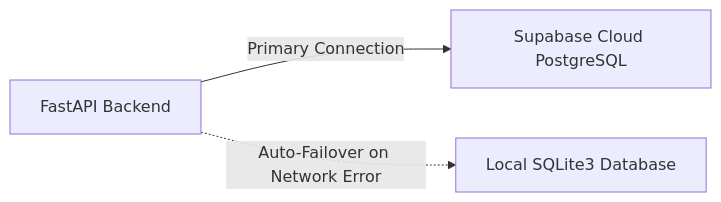
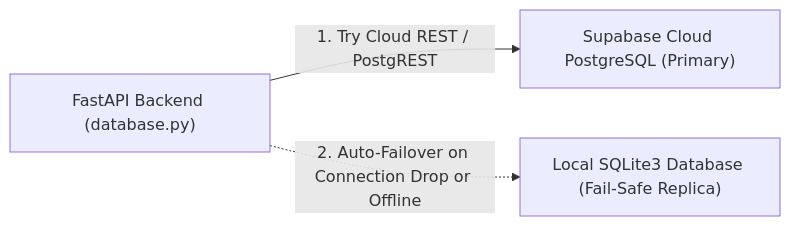
The fourth of 4 diagrams in PROJECT_DOCUMENTATION.md (ShreyRamola/AmritChidiya), drawn with Mermaid before and after one commit. The commit also changed other lines of this file and 5 other files, not shown here.

Commit message:
docs: enrich documentation, roles division and readme with comprehensive 7-layer security and privacy architecture

````diff
--- a/PROJECT_DOCUMENTATION.md
+++ b/PROJECT_DOCUMENTATION.md
@@ -204,9 +251,9 @@
 ```mermaid
 graph LR
-    BE["FastAPI Backend"]
-    Supabase["Supabase Cloud PostgreSQL"]
-    SQLite["Local SQLite3 Database"]
+    BE["FastAPI Backend (database.py)"]
+    Supabase["Supabase Cloud PostgreSQL (Primary)"]
+    SQLite["Local SQLite3 Database (Fail-Safe Replica)"]
 
-    BE -->|Primary Connection| Supabase
-    BE -.->|Auto-Failover on Network Error| SQLite
+    BE -->|1. Try Cloud REST / PostgREST| Supabase
+    BE -.->|2. Auto-Failover on Connection Drop or Offline| SQLite
 ```
````
